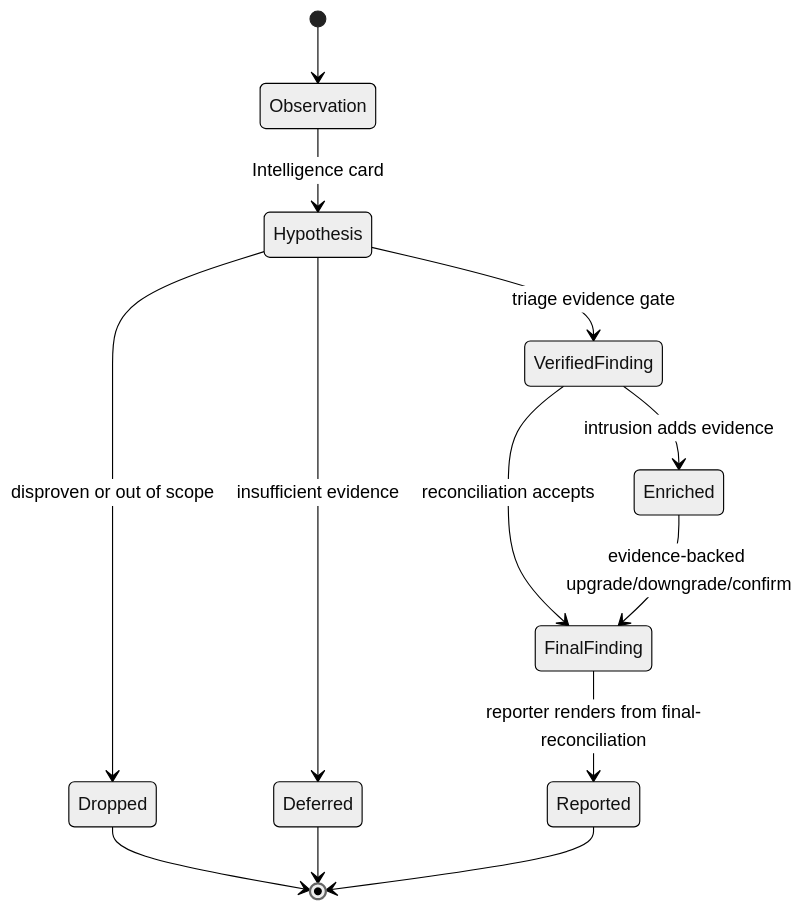
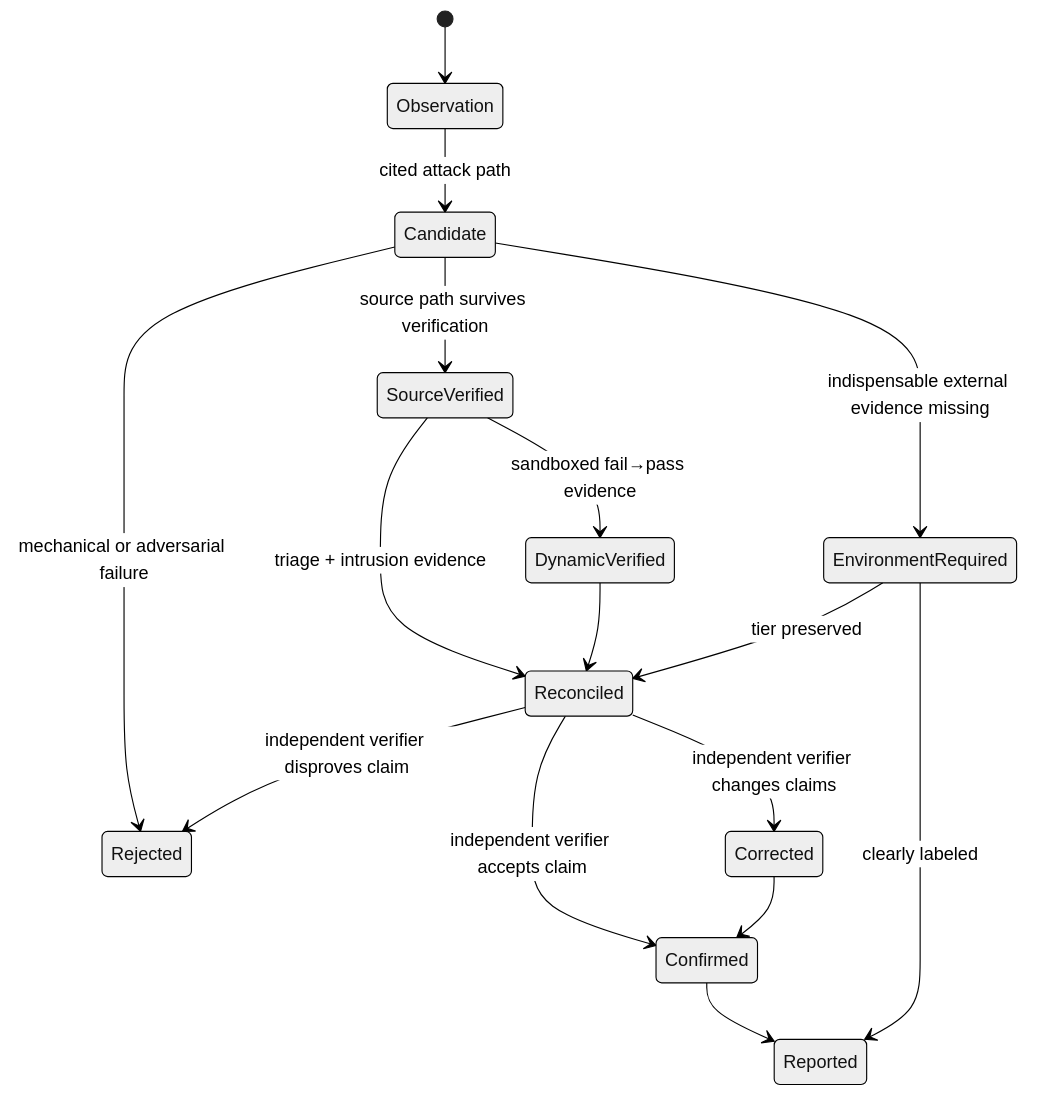
One commit to xfhg/vulnops changed the third of 3 diagrams in ARCHITECTURE.md. Above: the diagram before and after it, drawn with Mermaid (neutral theme). The commit also changed other lines of this file and 82 other files, not shown here.

````diff
--- a/ARCHITECTURE.md
+++ b/ARCHITECTURE.md
@@ -164,15 +90,18 @@
 ```mermaid
 stateDiagram-v2
     [*] --> Observation
-    Observation --> Hypothesis: Intelligence card
-    Hypothesis --> Dropped: disproven or out of scope
-    Hypothesis --> Deferred: insufficient evidence
-    Hypothesis --> VerifiedFinding: triage evidence gate
-    VerifiedFinding --> Enriched: intrusion adds evidence
-    VerifiedFinding --> FinalFinding: reconciliation accepts
-    Enriched --> FinalFinding: evidence-backed upgrade/downgrade/confirm
-    FinalFinding --> Reported: reporter renders from final-reconciliation
-    Dropped --> [*]
-    Deferred --> [*]
-    Reported --> [*]
+    Observation --> Candidate: cited attack path
+    Candidate --> Rejected: mechanical or adversarial failure
+    Candidate --> EnvironmentRequired: indispensable external evidence missing
+    Candidate --> SourceVerified: source path survives verification
+    SourceVerified --> DynamicVerified: sandboxed fail→pass evidence
+    SourceVerified --> Reconciled: triage + intrusion evidence
+    DynamicVerified --> Reconciled
+    EnvironmentRequired --> Reconciled: tier preserved
+    Reconciled --> Rejected: independent verifier disproves claim
+    Reconciled --> Corrected: independent verifier changes claims
+    Reconciled --> Confirmed: independent verifier accepts claim
+    Corrected --> Confirmed
+    Confirmed --> Reported
+    EnvironmentRequired --> Reported: clearly labeled
 ```
````
